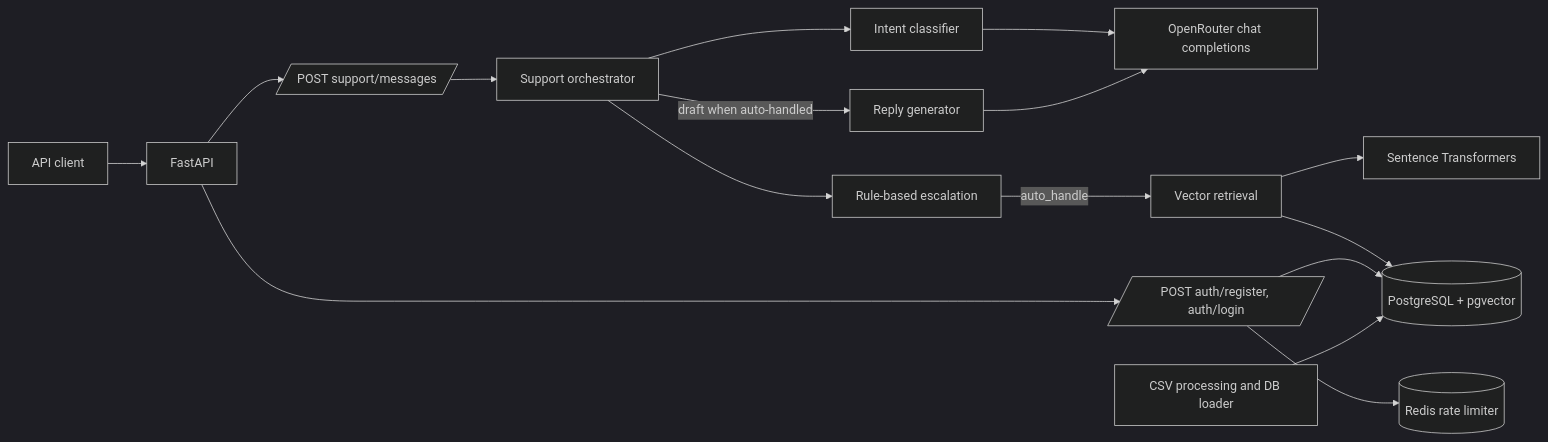
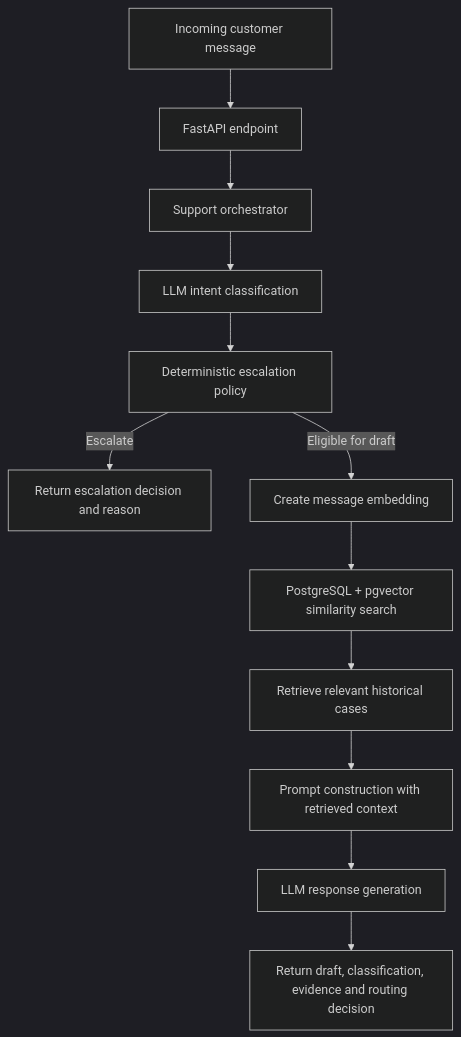
One commit to Lavkushkatiyar/SupportPilot changed the diagram in README.md. Above: the diagram before and after it, drawn with Mermaid (dark theme). The commit also changed other lines of this file and 2 other files, not shown here.

````diff
--- a/README.md
+++ b/README.md
@@ -45,18 +88,14 @@
-```mermaid
-flowchart LR
-    Client[API client] --> API[FastAPI]
-    API --> Support[/POST support/messages/]
-    Support --> Agent[Support orchestrator]
-    Agent --> Classifier[Intent classifier]
-    Classifier --> OpenRouter[OpenRouter chat completions]
-    Agent --> Escalation[Rule-based escalation]
-    Escalation -->|auto_handle| Retrieval[Vector retrieval]
-    Retrieval --> Embeddings[Sentence Transformers]
-    Retrieval --> PG[(PostgreSQL + pgvector)]
-    Agent -->|draft when auto-handled| Generator[Reply generator]
-    Generator --> OpenRouter
-    API --> Auth[/POST auth/register, auth/login/]
-    Auth --> Redis[(Redis rate limiter)]
-    Auth --> PG
-    Ingest[CSV processing and DB loader] --> PG
+``` mermaid
+flowchart TD
+    A[Incoming customer message] --> B[FastAPI endpoint]
+    B --> C[Support orchestrator]
+    C --> D[LLM intent classification]
+    D --> E[Deterministic escalation policy]
+    E -->|Escalate| F[Return escalation decision and reason]
+    E -->|Eligible for draft| G[Create message embedding]
+    G --> H[PostgreSQL + pgvector similarity search]
+    H --> I[Retrieve relevant historical cases]
+    I --> J[Prompt construction with retrieved context]
+    J --> K[LLM response generation]
+    K --> L[Return draft, classification, evidence and routing decision]
 ```
````
